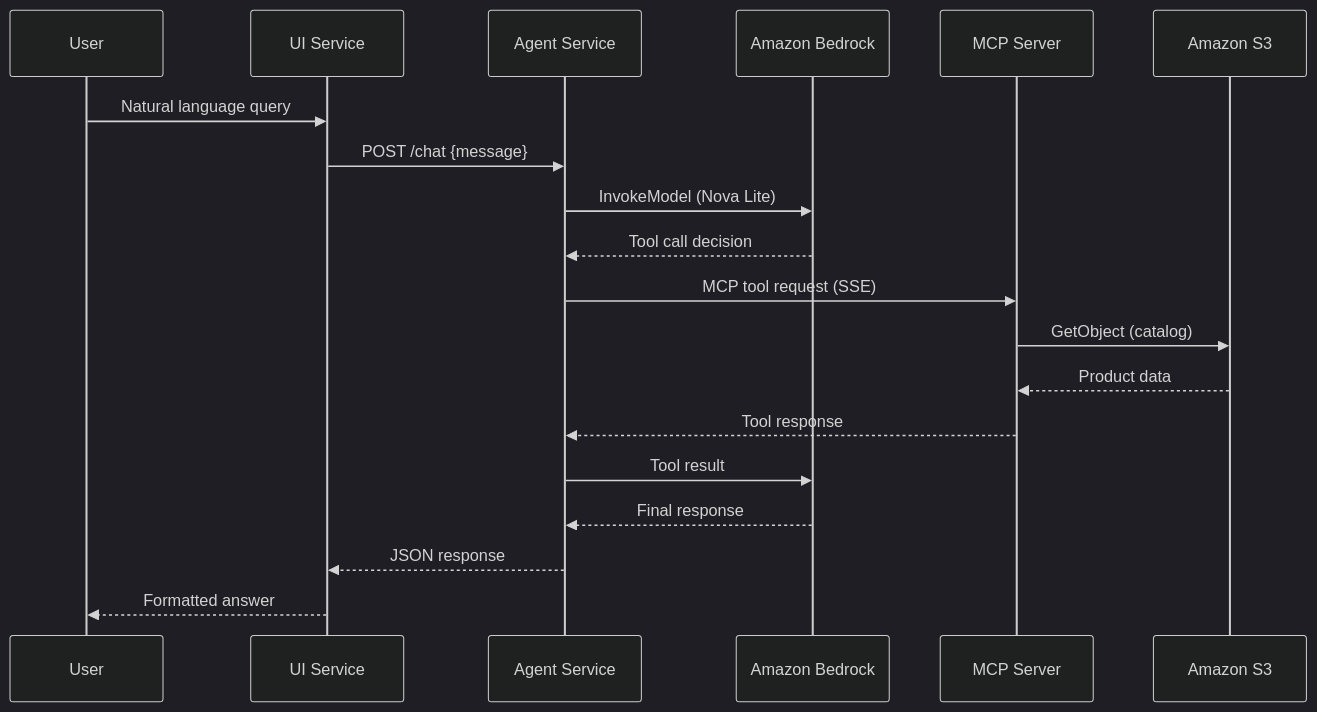
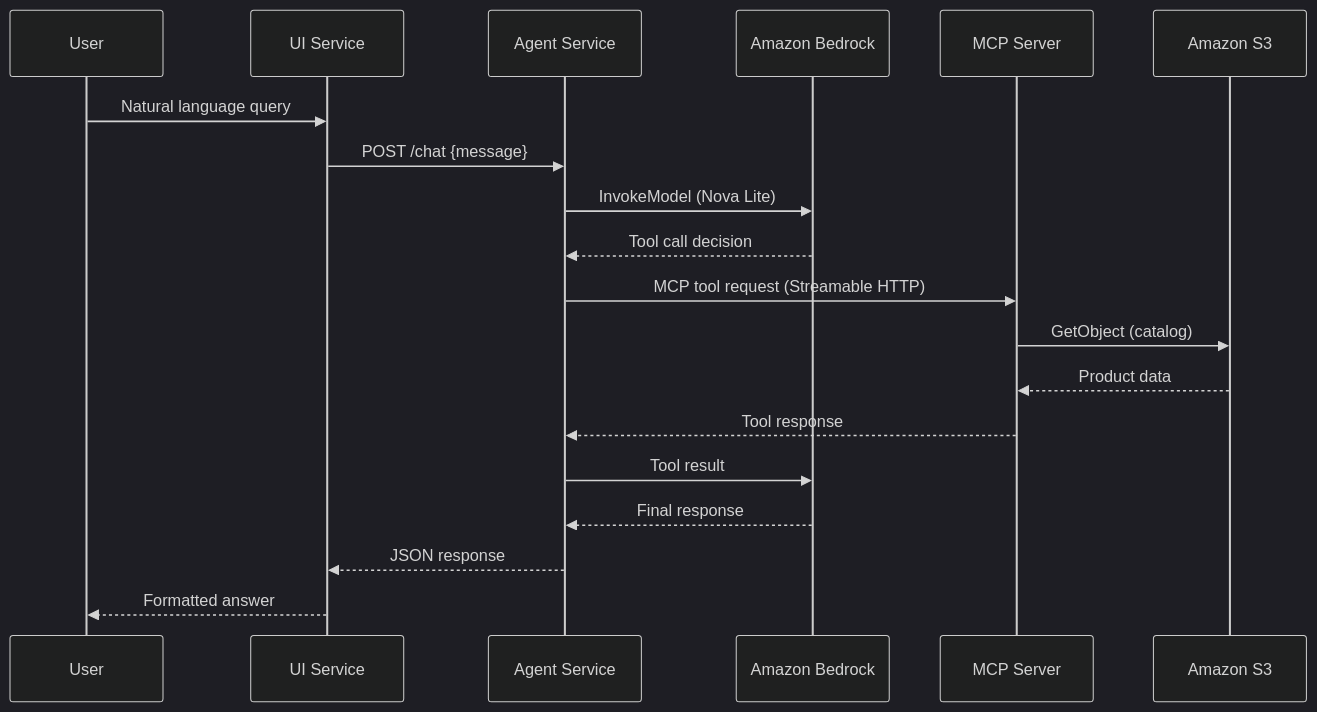
The second of 3 diagrams in .agents/summary/architecture.md (aws-samples/sample-mcp-server-on-ecs), drawn with Mermaid (dark theme) before and after one commit. The commit also changed other lines of this file and 9 other files, not shown here.

````diff
--- a/.agents/summary/architecture.md
+++ b/.agents/summary/architecture.md
@@ -43,22 +43,22 @@
 ```mermaid
 sequenceDiagram
     participant U as User
     participant UI as UI Service
     participant A as Agent Service
     participant B as Amazon Bedrock
     participant M as MCP Server
     participant S3 as Amazon S3
     
     U->>UI: Natural language query
     UI->>A: POST /chat {message}
     A->>B: InvokeModel (Nova Lite)
     B-->>A: Tool call decision
-    A->>M: MCP tool request (SSE)
+    A->>M: MCP tool request (Streamable HTTP)
     M->>S3: GetObject (catalog)
     S3-->>M: Product data
     M-->>A: Tool response
     A->>B: Tool result
     B-->>A: Final response
     A-->>UI: JSON response
     UI-->>U: Formatted answer
 ```
````
